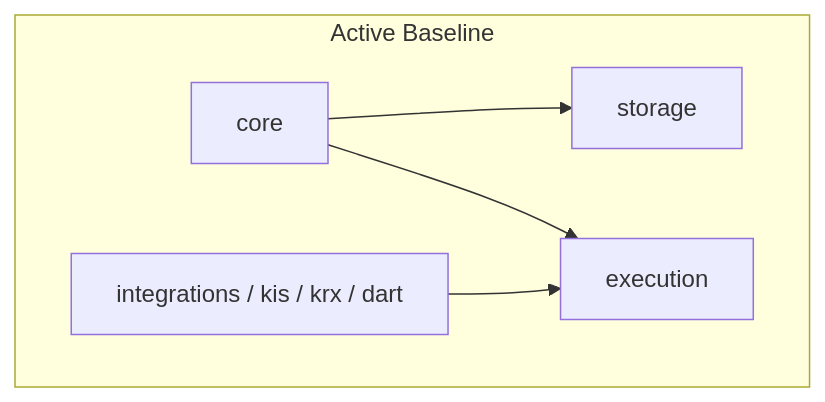
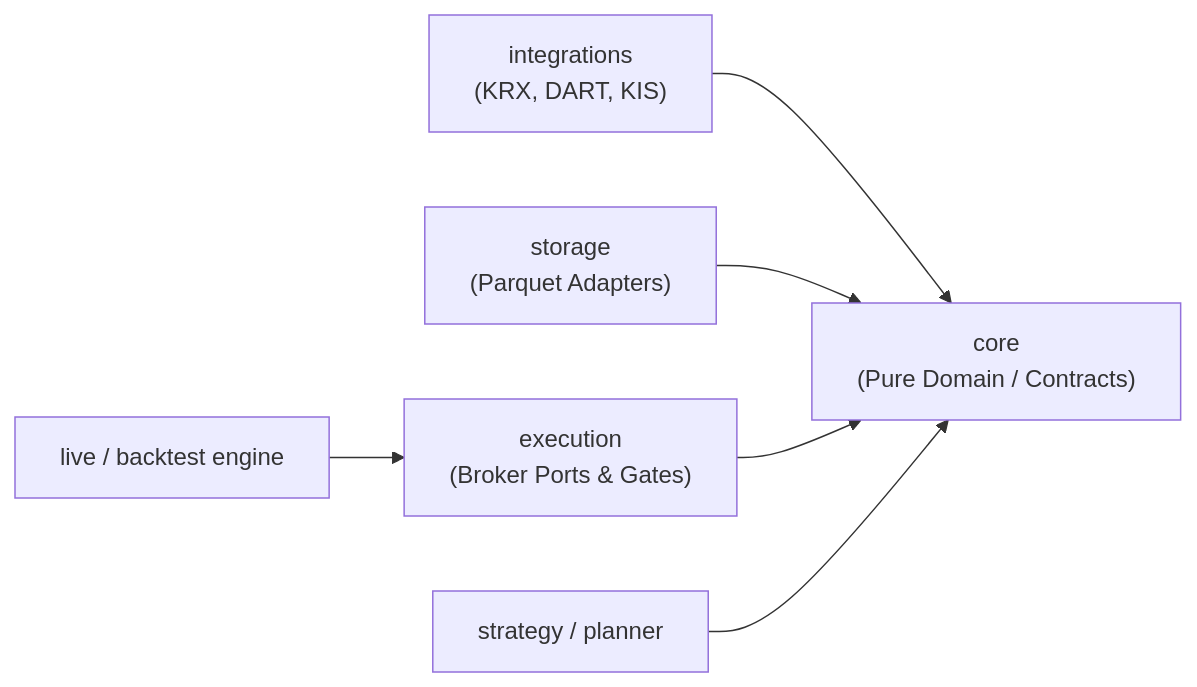
The second of 2 diagrams in README.md (KTHYEONG/k-stock-engine), drawn with Mermaid before and after one commit. The commit also changed other lines of this file, not shown here.

````diff
--- a/README.md
+++ b/README.md
@@ -27,12 +75,8 @@
 ```mermaid
-graph TB
-    subgraph Active["Active Baseline"]
-        Core[core]
-        Storage[storage]
-        Execution[execution]
-        Integrations[integrations / kis / krx / dart]
-    end
-    Core --> Storage
-    Core --> Execution
-    Integrations --> Execution
+flowchart LR
+    Integrations["integrations<br>(KRX, DART, KIS)"] --> Core["core<br>(Pure Domain / Contracts)"]
+    Storage["storage<br>(Parquet Adapters)"] --> Core
+    Execution["execution<br>(Broker Ports & Gates)"] --> Core
+    Strategy["strategy / planner"] --> Core
+    LiveEngine["live / backtest engine"] --> Execution
 ```
````
